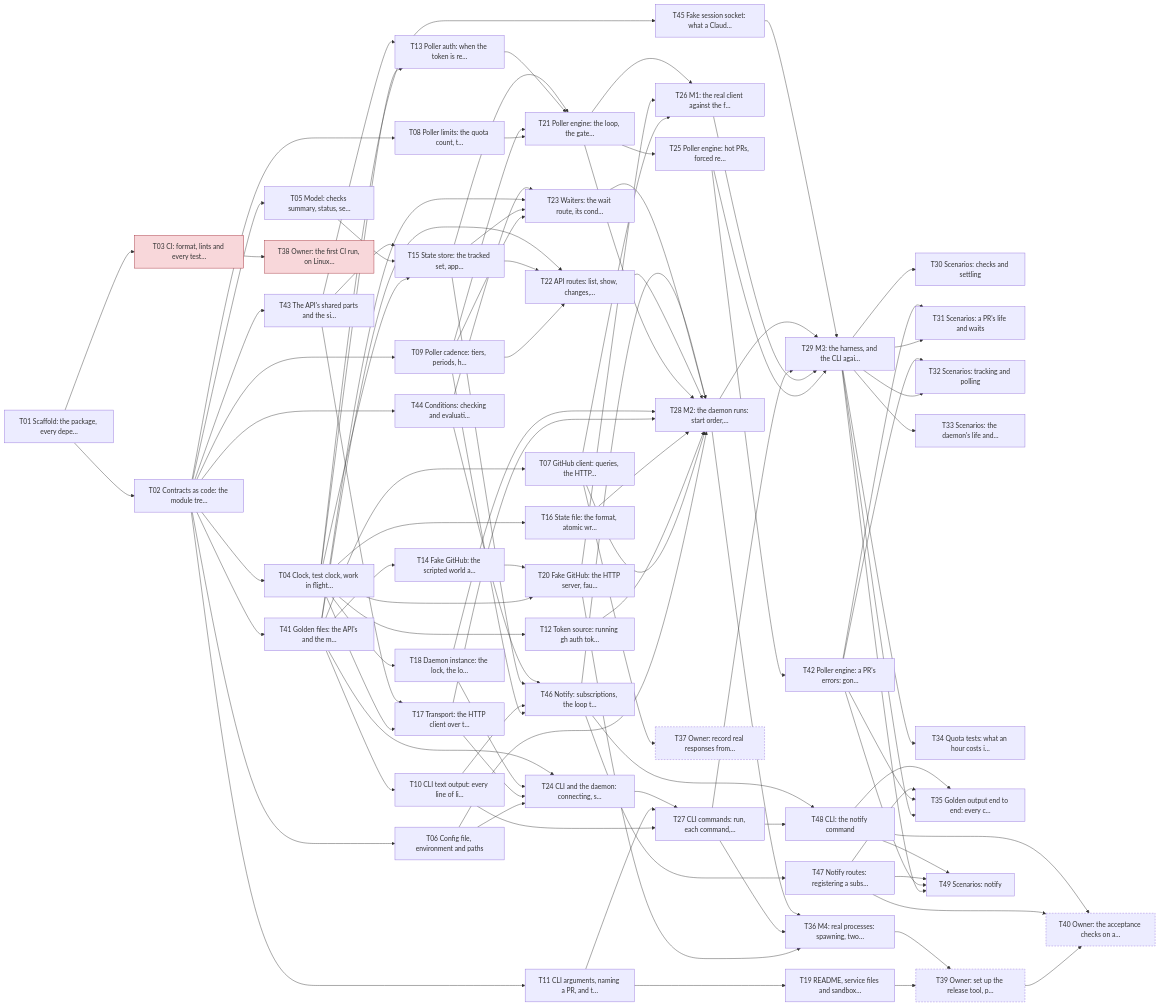
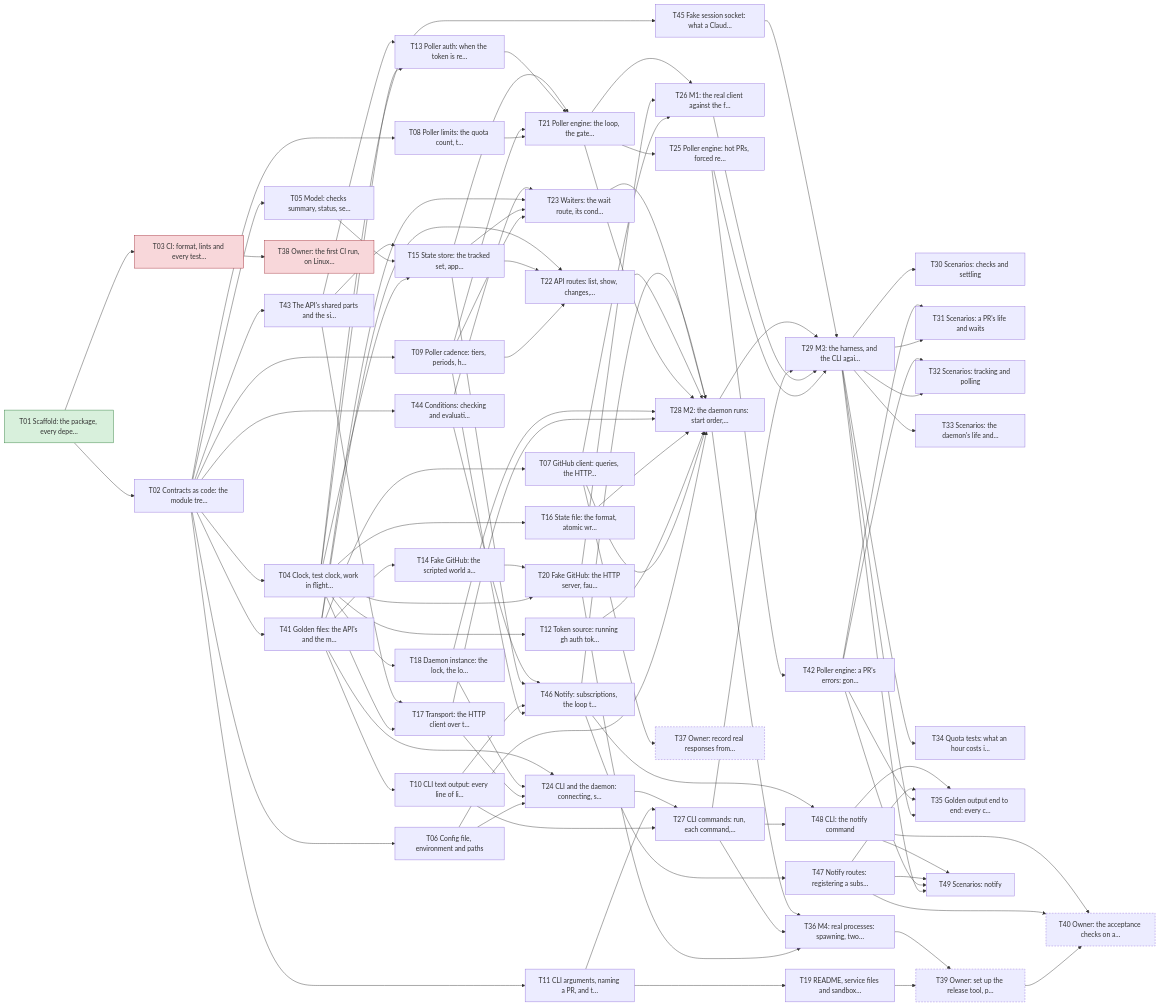
The diagram in plan/README.md (yachiko/circitor), drawn with Mermaid before and after one commit. The commit also changed other lines of this file and 2 other files, not shown here.

Commit message:
Record T01 as done

````diff
--- a/plan/README.md
+++ b/plan/README.md
@@ -137,6 +137,6 @@
 ```mermaid
 flowchart LR
-  T01["T01 Scaffold: the package, every depe…"]
+  T01["T01 Scaffold: the package, every depe…"]:::done
   T02["T02 Contracts as code: the module tre…"]
   T03["T03 CI: format, lints and every test…"]:::blocked
   T04["T04 Clock, test clock, work in flight…"]
````
